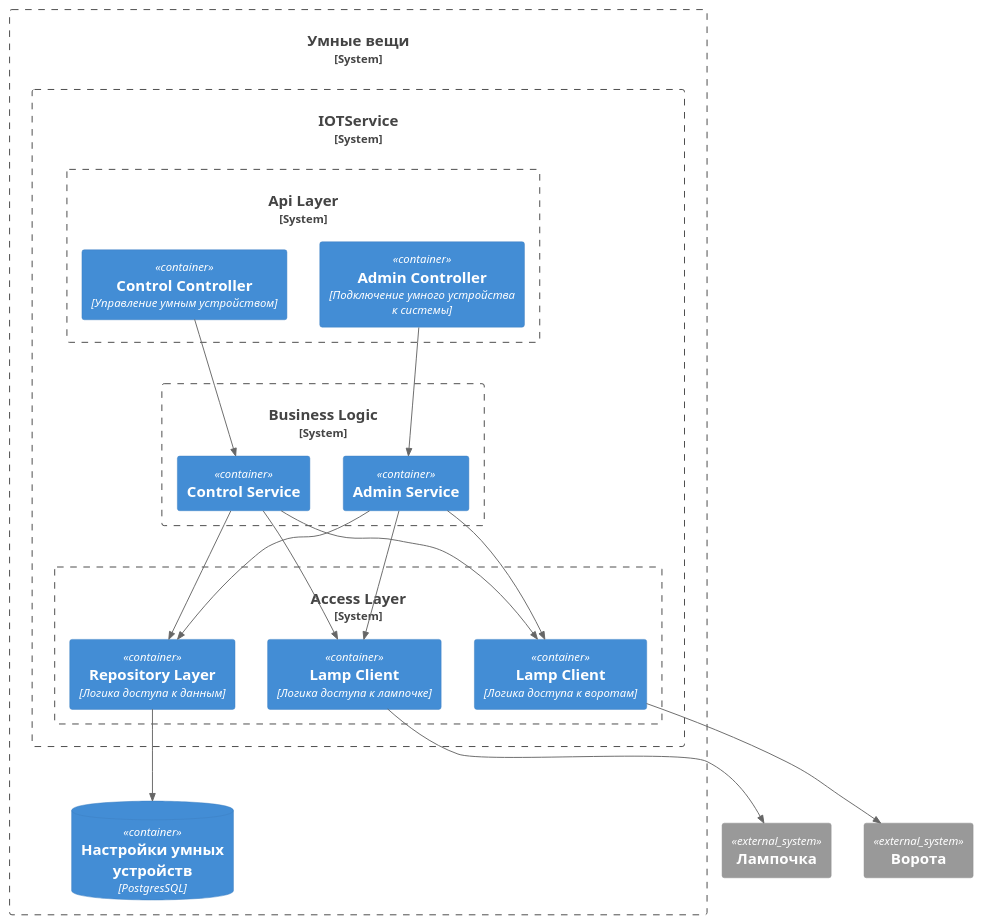
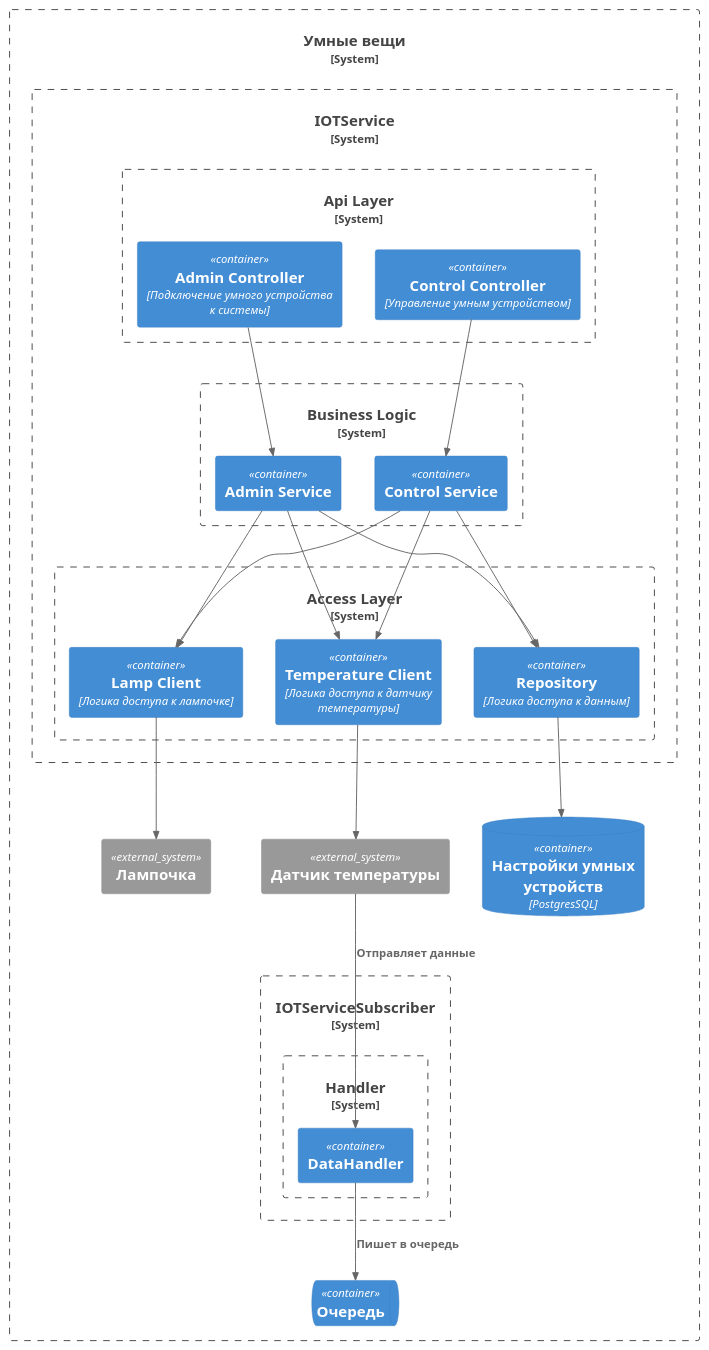
Before and after one commit to vladimir-kulgun/architecture-pro-warmhouse: the diagram in schemas/TO-BE/c3_IOTService.puml, drawn with PlantUML. The commit also changed 6 other files, not shown here.

```diff
--- a/schemas/TO-BE/c3_IOTService.puml
+++ b/schemas/TO-BE/c3_IOTService.puml
@@ -1,42 +1,51 @@
 @startuml
 !include https://raw.githubusercontent.com/plantuml-stdlib/C4-PlantUML/master/C4_Container.puml
 
-System_Boundary(heating_be, "Умные вещи") {
+System_Boundary(be, "Умные вещи") {
   System_Boundary(iotService, "IOTService") {
     System_Boundary(api, "Api Layer") {
       Container(adminController, "Admin Controller", "Подключение умного устройства к системы")
       Container(controlController, "Control Controller", "Управление умным устройством")
     }
 
     System_Boundary(busnessLogic, "Business Logic") {
       Container(adminService, "Admin Service", "")
       Container(controlService, "Control Service", "")
     }
 
     System_Boundary(access, "Access Layer") {
       Container(lampClient, "Lamp Client", "Логика доступа к лампочке")
-      Container(gateClient, "Lamp Client", "Логика доступа к воротам")
-      Container(repositoryLayer, "Repository Layer", "Логика доступа к данным")
+      Container(temperatureClient, "Temperature Client", "Логика доступа к датчику температуры")
+      Container(repository, "Repository", "Логика доступа к данным")
     }
   }
   ContainerDb(db, "Настройки умных устройств", "PostgresSQL")
+
+  System_Boundary(iotServiceSubscriber, "IOTServiceSubscriber") {
+    System_Boundary(handlerLayer, "Handler") {
+      Container(dataHandler, "DataHandler", "")
+  }
 }
 
 System_Ext(iot_lamp, "Лампочка", "")
-System_Ext(iot_gate, "Ворота", "")
+System_Ext(iot_temperature_sensor, "Датчик температуры", "")
+ContainerQueue(que_kafka, "Очередь", "")
 
 Rel(adminController, adminService, "")
-Rel(adminService, repositoryLayer, "")
+Rel(adminService, repository, "")
 Rel(adminService, lampClient, "")
-Rel(adminService, gateClient, "")
+Rel(adminService, temperatureClient, "")
 
 Rel(controlController, controlService, "")
-Rel(controlService, repositoryLayer, "")
+Rel(controlService, repository, "")
 Rel(controlService, lampClient, "")
-Rel(controlService, gateClient, "")
+Rel(controlService, temperatureClient, "")
 
-Rel(repositoryLayer, db, "")
+Rel(repository, db, "")
 Rel(lampClient, iot_lamp, "")
-Rel(gateClient, iot_gate, "")
+Rel(temperatureClient, iot_temperature_sensor, "")
+
+Rel(iot_temperature_sensor, dataHandler, "Отправляет данные")
+Rel(dataHandler, que_kafka, "Пишет в очередь")
 
 @enduml
```
